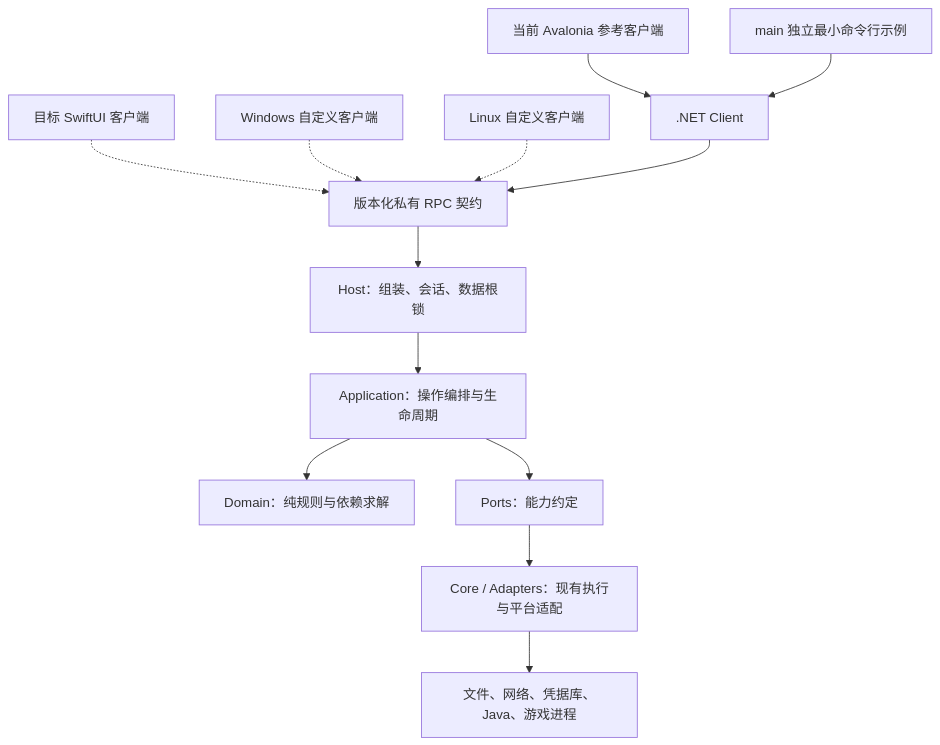
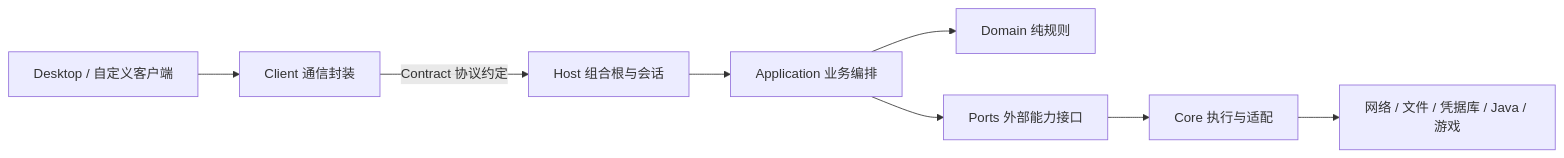
One commit to ParadoxRin/Plain_Craft_Launcher_Refactoring_Core changed the diagram in README.md. Above: the diagram before and after it, drawn with Mermaid. The commit also changed other lines of this file and 6 other files, not shown here.

````diff
--- a/README.md
+++ b/README.md
@@ -41,15 +45,10 @@
 ```mermaid
-flowchart TB
-  A[当前 Avalonia 参考客户端] --> C[.NET Client]
-  M[main 独立最小命令行示例] --> C
-  S[目标 SwiftUI 客户端] -.-> P[版本化私有 RPC 契约]
-  W[Windows 自定义客户端] -.-> P
-  L[Linux 自定义客户端] -.-> P
-  C --> P
-  P --> H[Host：组装、会话、数据根锁]
-  H --> APP[Application：操作编排与生命周期]
-  APP --> D[Domain：纯规则与依赖求解]
-  APP --> PORT[Ports：能力约定]
-  PORT --> AD[Core / Adapters：现有执行与平台适配]
-  AD --> EXT[文件、网络、凭据库、Java、游戏进程]
+flowchart LR
+  UI[Desktop / 自定义客户端] --> Client[Client 通信封装]
+  Client -->|Contract 协议约定| Host[Host 组合根与会话]
+  Host --> App[Application 业务编排]
+  App --> Domain[Domain 纯规则]
+  App --> Ports[Ports 外部能力接口]
+  Ports --> Core[Core 执行与适配]
+  Core --> External[网络 / 文件 / 凭据库 / Java / 游戏]
 ```
````
